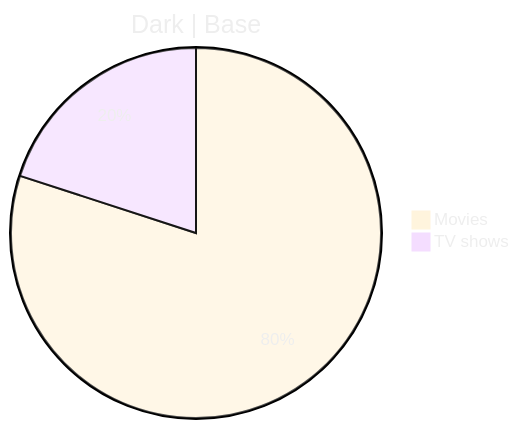
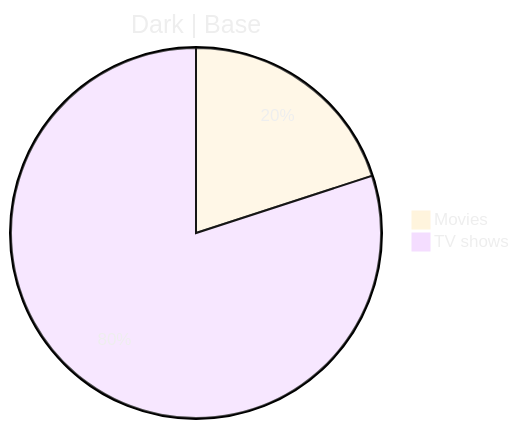
The first of 2 diagrams in markdown/mermaid_pie.md (myseq/notes), drawn with Mermaid before and after one commit.

````diff
--- a/markdown/mermaid_pie.md
+++ b/markdown/mermaid_pie.md
@@ -13,10 +13,10 @@
 ```mermaid
 %%{init: {
     'theme': 'base',
     'themeVariables': {
         'darkMode': 'true' }}}%%
 pie
     title Dark | Base
-    "Movies" : 80
-    "TV shows" : 20
+    "Movies" : 20
+    "TV shows" : 80
 ```
````
